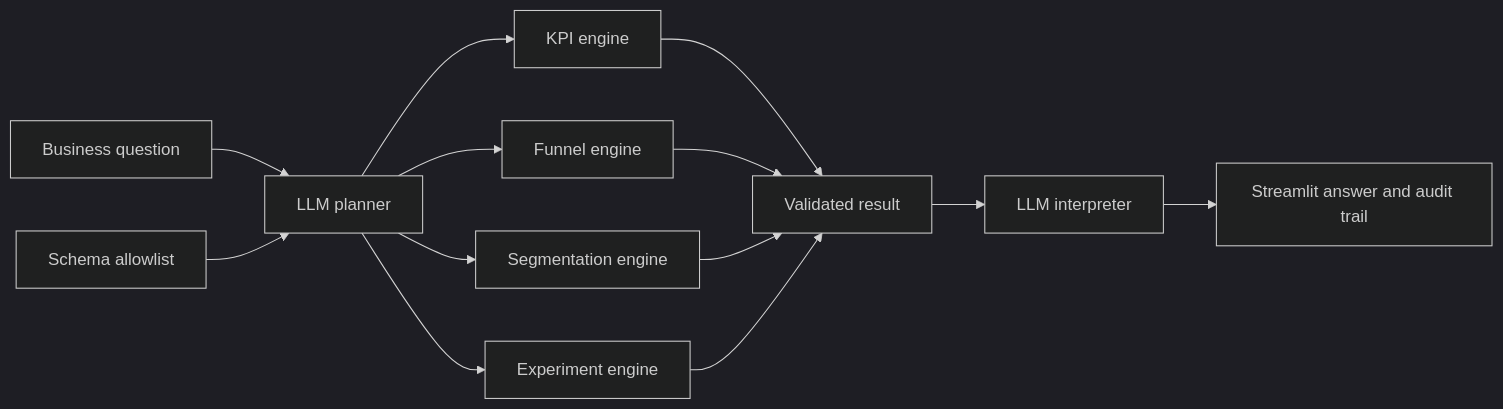
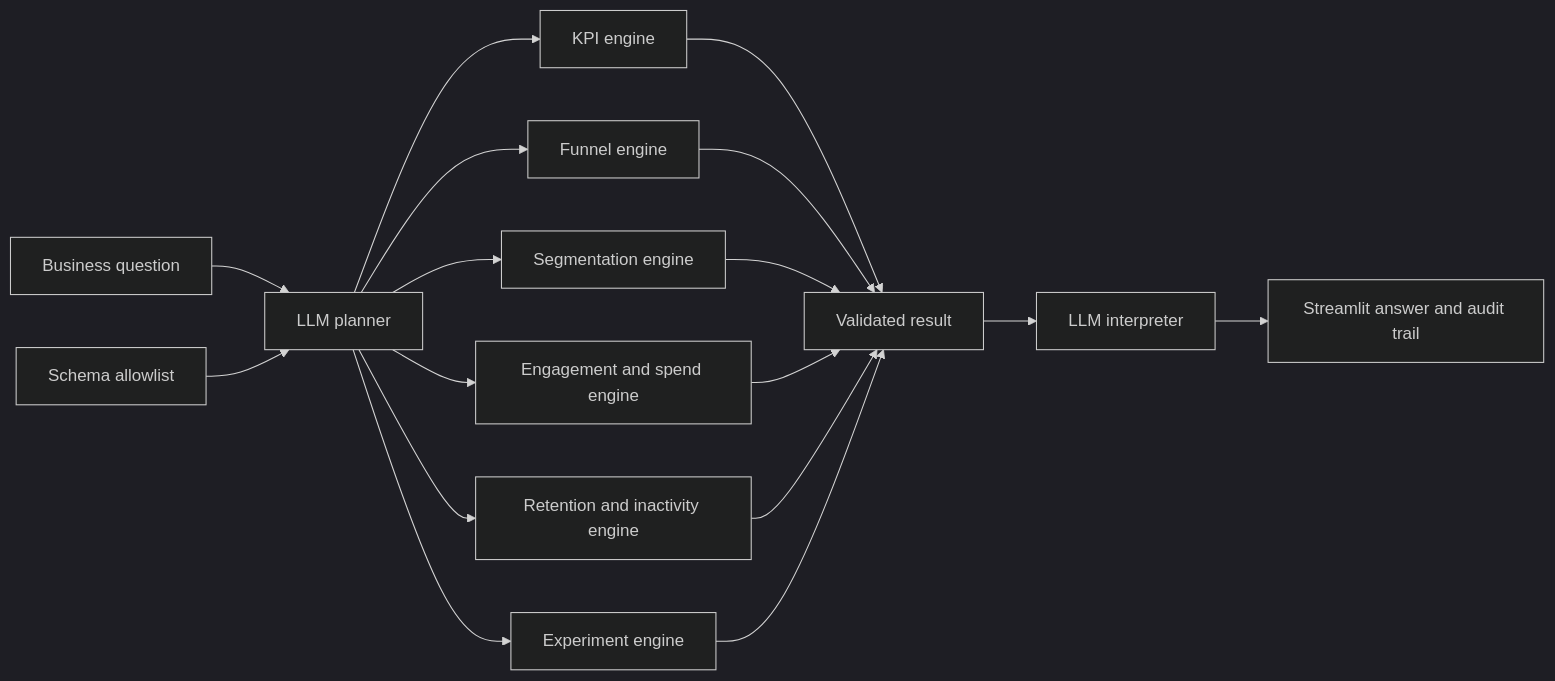
The second of 2 diagrams in docs/ARCHITECTURE.md (kojunghsu/finsight-product-analytics-copilot), drawn with Mermaid (dark theme) before and after one commit. The commit also changed other lines of this file and 21 other files, not shown here.

````diff
--- a/docs/ARCHITECTURE.md
+++ b/docs/ARCHITECTURE.md
@@ -31,15 +31,19 @@
 ```mermaid
 flowchart LR
     Q["Business question"] --> P["LLM planner"]
     S["Schema allowlist"] --> P
     P --> K["KPI engine"]
     P --> F["Funnel engine"]
     P --> G["Segmentation engine"]
+    P --> U1["Engagement and spend engine"]
+    P --> U2["Retention and inactivity engine"]
     P --> E["Experiment engine"]
     K --> R["Validated result"]
     F --> R
     G --> R
+    U1 --> R
+    U2 --> R
     E --> R
     R --> I["LLM interpreter"]
     I --> U["Streamlit answer and audit trail"]
 ```
````
